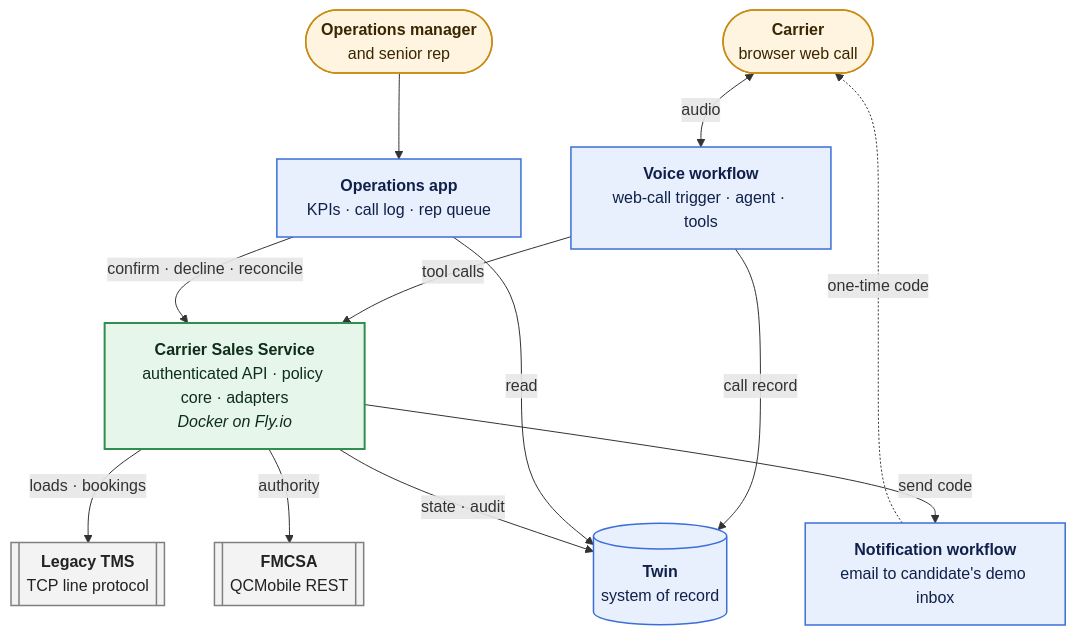
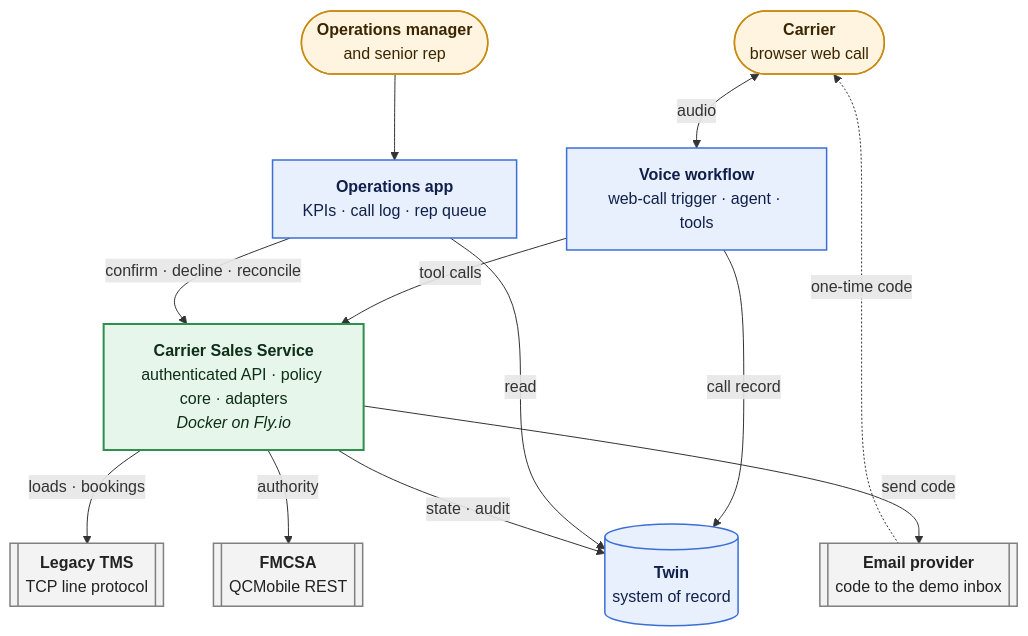
The first of 3 diagrams in ARCHITECTURE.md (sgon0181/happyrobot-inbound-carrier-sales), drawn with Mermaid before and after one commit. The commit also changed other lines of this file and 8 other files, not shown here.

First line of the commit message:
docs: architecture v2.5 from Codex's live findings

````diff
--- a/ARCHITECTURE.md
+++ b/ARCHITECTURE.md
@@ -39,36 +39,36 @@
 ```mermaid
 flowchart TB
     carrier(["<b>Carrier</b><br/>browser web call"])
     manager(["<b>Operations manager</b><br/>and senior rep"])
 
     voice["<b>Voice workflow</b><br/>web-call trigger · agent · tools"]
     app["<b>Operations app</b><br/>KPIs · call log · rep queue"]
 
     svc["<b>Carrier Sales Service</b><br/>authenticated API · policy core · adapters<br/><i>Docker on Fly.io</i>"]
 
     tms[["<b>Legacy TMS</b><br/>TCP line protocol"]]
     fmcsa[["<b>FMCSA</b><br/>QCMobile REST"]]
     twin[("<b>Twin</b><br/>system of record")]
-    notify["<b>Notification workflow</b><br/>email to candidate's demo inbox"]
+    email[["<b>Email provider</b><br/>code to the demo inbox"]]
 
     carrier <-->|audio| voice
     manager --> app
     voice -->|tool calls| svc
     app -->|"confirm · decline · reconcile"| svc
     voice -->|call record| twin
     app -->|read| twin
     svc -->|"loads · bookings"| tms
     svc -->|authority| fmcsa
     svc -->|"state · audit"| twin
-    svc -->|send code| notify
-    notify -.->|one-time code| carrier
+    svc -->|send code| email
+    email -.->|one-time code| carrier
 
     classDef hr fill:#e8f0fe,stroke:#3b6fd8,stroke-width:1.5px,color:#10204a
     classDef svc fill:#e6f6ea,stroke:#2f8f4e,stroke-width:2px,color:#0f2e19
     classDef ext fill:#f3f3f3,stroke:#808080,stroke-width:1.5px,color:#222
     classDef person fill:#fff4e0,stroke:#c98a12,stroke-width:1.5px,color:#3a2700
-    class voice,app,twin,notify hr
+    class voice,app,twin hr
     class svc svc
-    class tms,fmcsa ext
+    class tms,fmcsa,email ext
     class carrier,manager person
 ```
````
